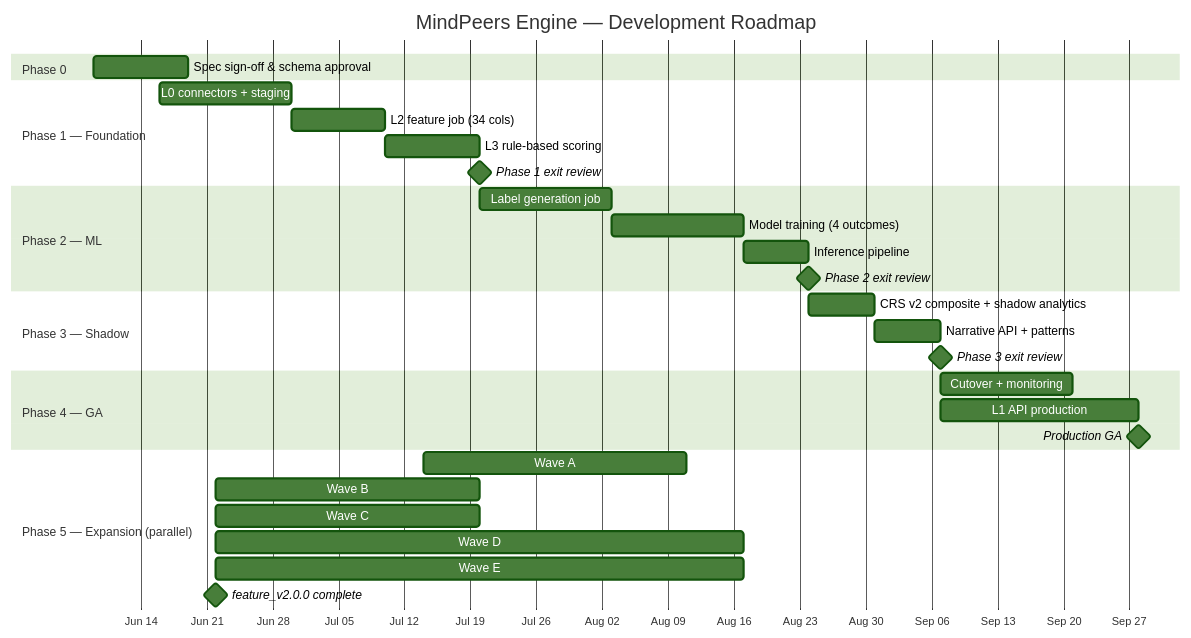
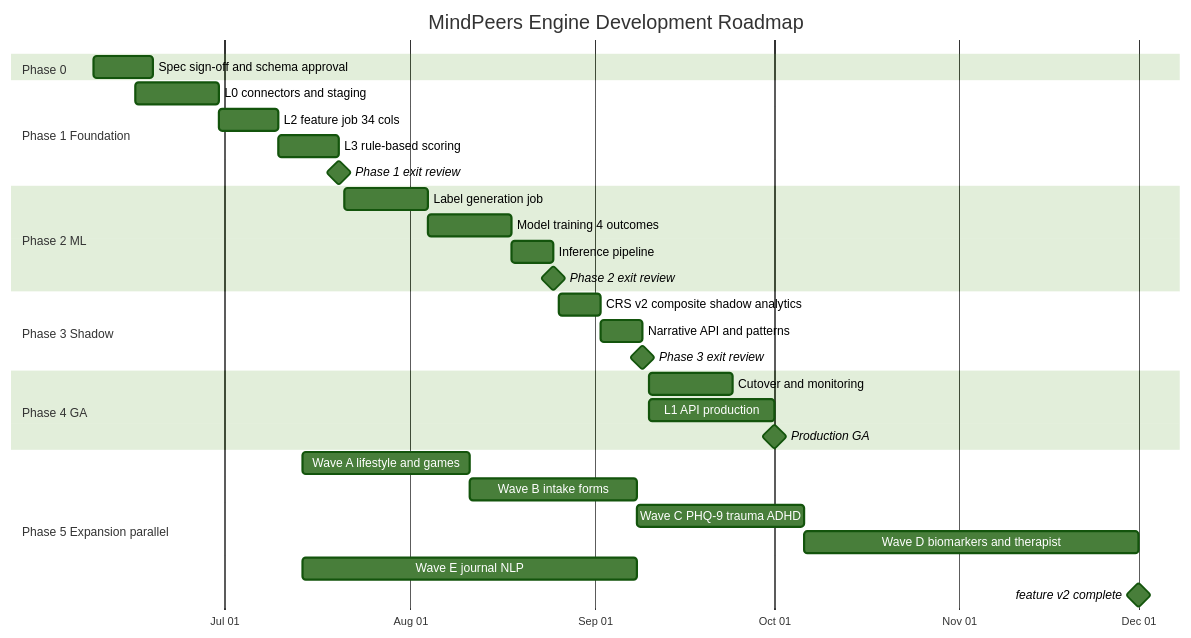
One commit to mindpeers/mindpeers-ai-engine changed the first of 2 diagrams in final/Development-Roadmap.md. Above: the diagram before and after it, drawn with Mermaid (forest theme). The commit also changed other lines of this file and 1 other file, not shown here.

````diff
--- a/final/Development-Roadmap.md
+++ b/final/Development-Roadmap.md
@@ -49,39 +49,39 @@
 ```mermaid
 gantt
-    title MindPeers Engine — Development Roadmap
+    title MindPeers Engine Development Roadmap
     dateFormat YYYY-MM-DD
     axisFormat %b %d
 
     section Phase 0
-    Spec sign-off & schema approval     :p0, 2026-06-09, 10d
+    Spec sign-off and schema approval   :p0, 2026-06-09, 10d
 
-    section Phase 1 — Foundation
-    L0 connectors + staging             :p1a, 2026-06-16, 14d
-    L2 feature job (34 cols)            :p1b, after p1a, 10d
-    L3 rule-based scoring               :p1c, after p1b, 10d
-    Phase 1 exit review                 :milestone, p1exit, after p1c, 0d
+    section Phase 1 Foundation
+    L0 connectors and staging           :p1a, 2026-06-16, 14d
+    L2 feature job 34 cols              :p1b, 2026-06-30, 10d
+    L3 rule-based scoring               :p1c, 2026-07-10, 10d
+    Phase 1 exit review                 :milestone, p1exit, 2026-07-20, 0d
 
-    section Phase 2 — ML
-    Label generation job                :p2a, after p1exit, 14d
-    Model training (4 outcomes)         :p2b, after p2a, 14d
-    Inference pipeline                  :p2c, after p2b, 7d
-    Phase 2 exit review                 :milestone, p2exit, after p2c, 0d
+    section Phase 2 ML
+    Label generation job                :p2a, 2026-07-21, 14d
+    Model training 4 outcomes           :p2b, 2026-08-04, 14d
+    Inference pipeline                  :p2c, 2026-08-18, 7d
+    Phase 2 exit review                 :milestone, p2exit, 2026-08-25, 0d
 
-    section Phase 3 — Shadow
-    CRS v2 composite + shadow analytics :p3a, after p2exit, 7d
-    Narrative API + patterns            :p3b, after p3a, 7d
-    Phase 3 exit review                 :milestone, p3exit, after p3b, 0d
+    section Phase 3 Shadow
+    CRS v2 composite shadow analytics   :p3a, 2026-08-26, 7d
+    Narrative API and patterns          :p3b, 2026-09-02, 7d
+    Phase 3 exit review                 :milestone, p3exit, 2026-09-09, 0d
 
-    section Phase 4 — GA
-    Cutover + monitoring                :p4a, after p3exit, 14d
-    L1 API production                   :p4b, after p3exit, 21d
-    Production GA                       :milestone, ga, after p4b, 0d
+    section Phase 4 GA
+    Cutover and monitoring              :p4a, 2026-09-10, 14d
+    L1 API production                   :p4b, 2026-09-10, 21d
+    Production GA                       :milestone, ga, 2026-10-01, 0d
 
-    section Phase 5 — Expansion (parallel)
-    Wave A: lifestyle + games           :p5a, 2026-07-14, 28d
-    Wave B: intake forms                :p5b, after p5a, 28d
-    Wave C: PHQ-9 / trauma / ADHD       :p5c, after p5b, 28d
-    Wave D: biomarkers + therapist      :p5d, after p5c, 56d
-    Wave E: journal NLP                 :p5e, after p5a, 56d
-    feature_v2.0.0 complete             :milestone, p5done, after p5d, 0d
+    section Phase 5 Expansion parallel
+    Wave A lifestyle and games          :p5a, 2026-07-14, 28d
+    Wave B intake forms                 :p5b, 2026-08-11, 28d
+    Wave C PHQ-9 trauma ADHD            :p5c, 2026-09-08, 28d
+    Wave D biomarkers and therapist     :p5d, 2026-10-06, 56d
+    Wave E journal NLP                  :p5e, 2026-07-14, 56d
+    feature v2 complete                 :milestone, p5done, 2026-12-01, 0d
 ```
````
